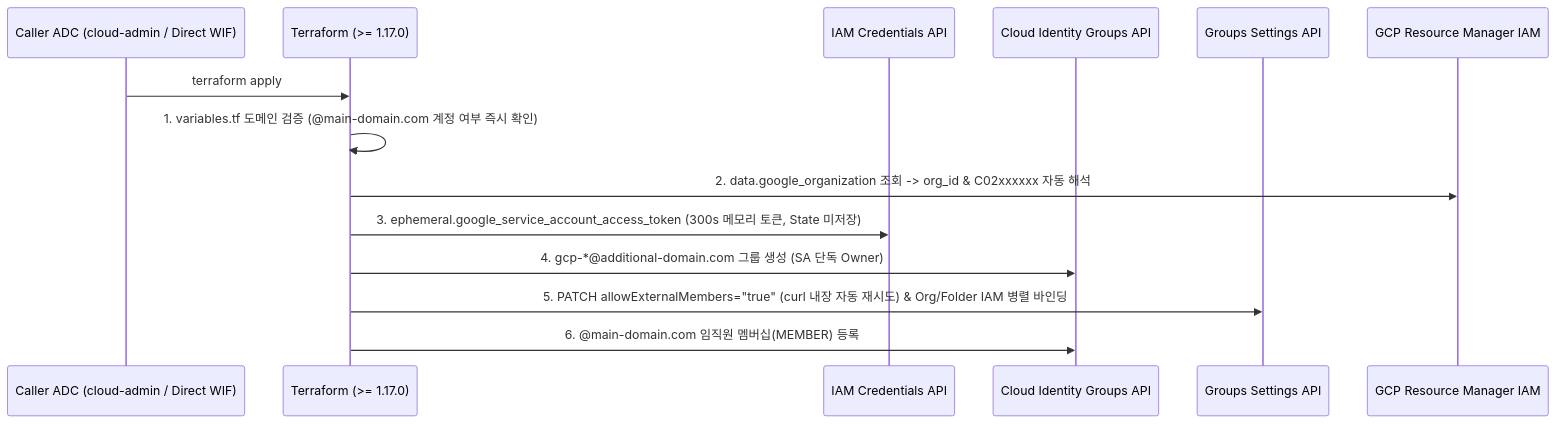
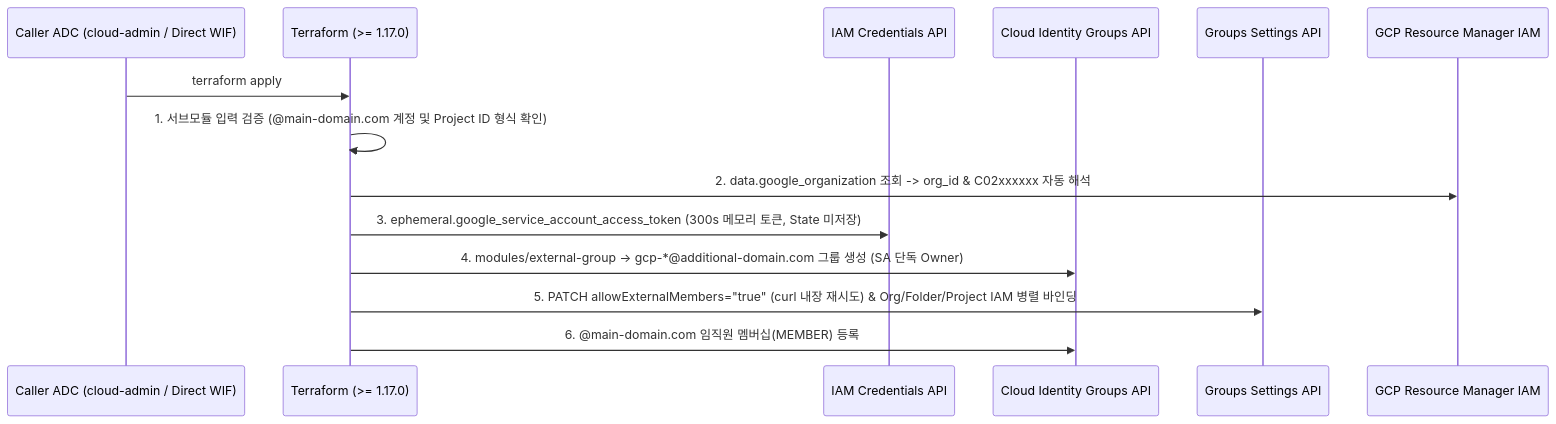
Before and after one commit to rom2019/gcp-sandbox: the second of 2 diagrams in iam/multi-org-group-iam/README.md, drawn with Mermaid. The commit also changed other lines of this file and 8 other files, not shown here.

Commit message:
refactor(iam/multi-org-group-iam): extract external-group module and add project admin example

````diff
--- a/iam/multi-org-group-iam/README.md
+++ b/iam/multi-org-group-iam/README.md
@@ -205,17 +212,17 @@
 ```mermaid
 sequenceDiagram
     participant Admin as Caller ADC (cloud-admin / Direct WIF)
     participant TF as Terraform (>= 1.17.0)
     participant IAMC as IAM Credentials API
     participant CI as Cloud Identity Groups API
     participant GS as Groups Settings API
     participant RM as GCP Resource Manager IAM
 
     Admin->>TF: terraform apply
-    TF->>TF: 1. variables.tf 도메인 검증 (@main-domain.com 계정 여부 즉시 확인)
+    TF->>TF: 1. 서브모듈 입력 검증 (@main-domain.com 계정 및 Project ID 형식 확인)
     TF->>RM: 2. data.google_organization 조회 -> org_id & C02xxxxxx 자동 해석
     TF->>IAMC: 3. ephemeral.google_service_account_access_token (300s 메모리 토큰, State 미저장)
-    TF->>CI: 4. gcp-*@additional-domain.com 그룹 생성 (SA 단독 Owner)
-    TF->>GS: 5. PATCH allowExternalMembers="true" (curl 내장 자동 재시도) & Org/Folder IAM 병렬 바인딩
+    TF->>CI: 4. modules/external-group -> gcp-*@additional-domain.com 그룹 생성 (SA 단독 Owner)
+    TF->>GS: 5. PATCH allowExternalMembers="true" (curl 내장 재시도) & Org/Folder/Project IAM 병렬 바인딩
     TF->>CI: 6. @main-domain.com 임직원 멤버십(MEMBER) 등록
 ```
````
